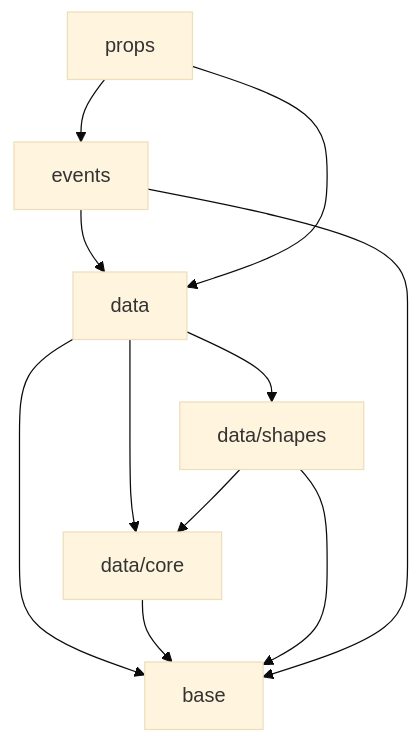
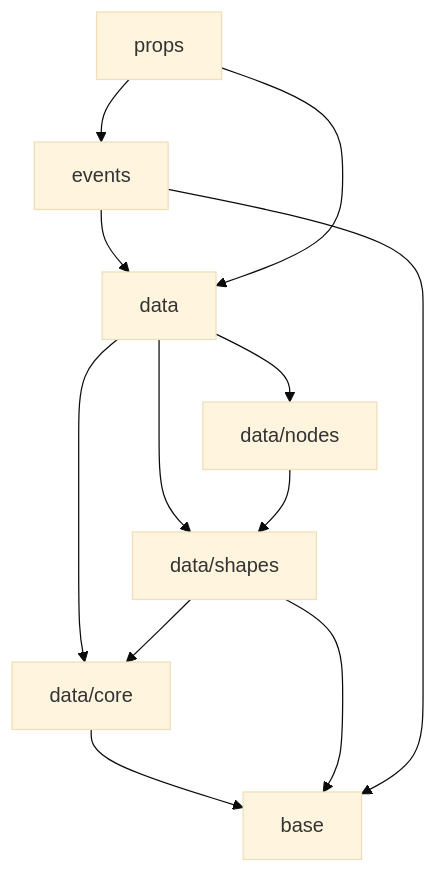
One commit to gznnk/json-draw-prealph changed the second of 3 diagrams in src/features/svg-canvas/MODULE_DEPENDENCY_RULES.md. Above: the diagram before and after it, drawn with Mermaid (base theme). The commit also changed 10 other files, not shown here.

````diff
--- a/src/features/svg-canvas/MODULE_DEPENDENCY_RULES.md
+++ b/src/features/svg-canvas/MODULE_DEPENDENCY_RULES.md
@@ -20,13 +20,14 @@
 ```mermaid
 graph TD
-    data --> base
     data --> data/core
     data --> data/shapes
+    data --> data/nodes
     data/core --> base
     data/shapes --> data/core
     data/shapes --> base
+    data/nodes --> data/shapes
     events --> base
     events --> data
     props --> data
     props --> events
 ```
````
